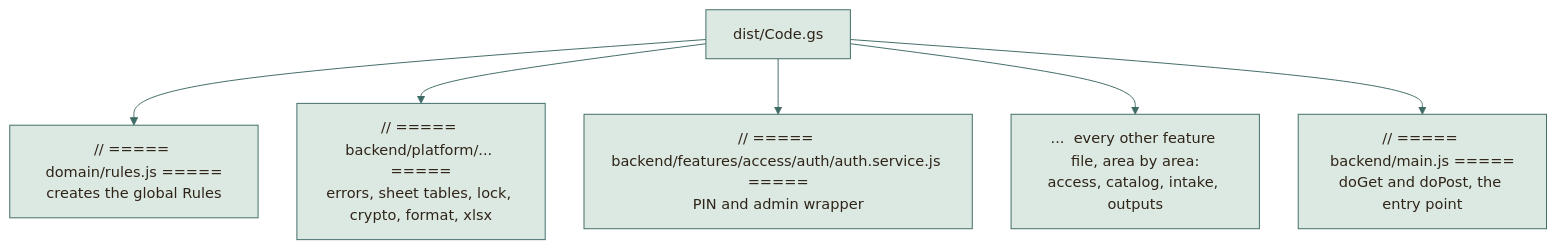
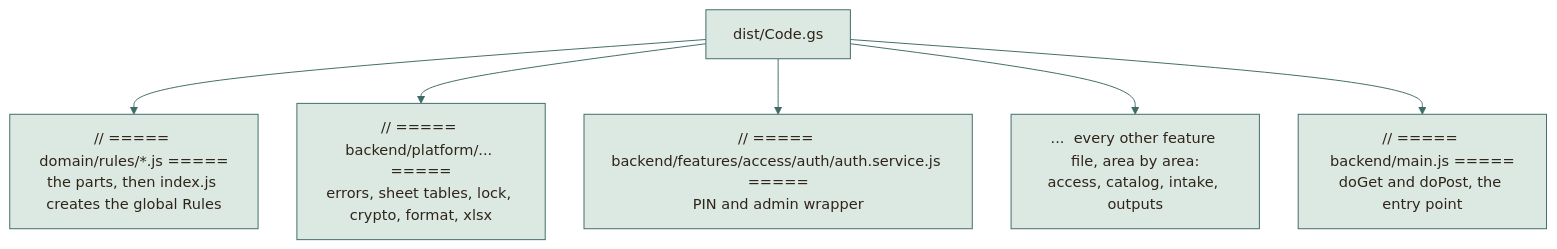
The third of 4 diagrams in docs/architecture/BUILD-PIPELINE.md (moyeh04/forms-platform), drawn with Mermaid before and after one commit. The commit also changed other lines of this file and 6 other files, not shown here.

````diff
--- a/docs/architecture/BUILD-PIPELINE.md
+++ b/docs/architecture/BUILD-PIPELINE.md
@@ -184,36 +185,36 @@
 ```mermaid
 %%{init: {
   'theme': 'base',
   'themeVariables': {
     'fontFamily': 'ui-sans-serif, system-ui, -apple-system, Segoe UI, Roboto, sans-serif',
     'fontSize': '15px',
     'primaryColor': '#DCE9E2', 'primaryBorderColor': '#3F6B66', 'primaryTextColor': '#2F2418',
     'secondaryColor': '#F0E4C8', 'secondaryBorderColor': '#C9A24A', 'secondaryTextColor': '#2F2418',
     'tertiaryColor': '#F6EFDC', 'tertiaryBorderColor': '#CDBB94', 'tertiaryTextColor': '#2F2418',
     'lineColor': '#3F6B66', 'textColor': '#2F2418', 'mainBkg': '#DCE9E2', 'nodeBorder': '#3F6B66',
     'clusterBkg': '#F6EFDC', 'clusterBorder': '#CDBB94', 'titleColor': '#2F2418',
     'edgeLabelBackground': '#F8F1DD',
     'actorBkg': '#DCE9E2', 'actorBorder': '#3F6B66', 'actorTextColor': '#2F2418', 'actorLineColor': '#8FB3AB',
     'signalColor': '#477A73', 'signalTextColor': '#477A73',
     'labelBoxBkgColor': '#F0E4C8', 'labelBoxBorderColor': '#C9A24A', 'labelTextColor': '#2F2418', 'loopTextColor': '#6A5A44',
     'noteBkgColor': '#FBEFC9', 'noteBorderColor': '#C9A24A', 'noteTextColor': '#2F2418',
     'activationBkgColor': '#DCE9E2', 'activationBorderColor': '#3F6B66', 'sequenceNumberColor': '#F8F1DD',
     'transitionColor': '#3F6B66', 'stateLabelColor': '#2F2418', 'stateBkg': '#DCE9E2', 'altBackground': '#F6EFDC',
     'attributeBackgroundColorOdd': '#F8F1DD', 'attributeBackgroundColorEven': '#F0E4C8'
   },
   'flowchart': {'curve': 'basis', 'padding': 14, 'nodeSpacing': 40, 'rankSpacing': 46},
   'sequence': {'mirrorActors': false, 'messageMargin': 34, 'boxMargin': 8}
 }}%%
 flowchart TD
-    A["dist/Code.gs"] --> B["// ===== domain/rules.js =====<br/>creates the global Rules"]
+    A["dist/Code.gs"] --> B["// ===== domain/rules/*.js =====<br/>the parts, then index.js creates the global Rules"]
     A --> C["// ===== backend/platform/... =====<br/>errors, sheet tables, lock, crypto, format, xlsx"]
     A --> D["// ===== backend/features/access/auth/auth.service.js =====<br/>PIN and admin wrapper"]
     A --> E["...  every other feature file, area by area:<br/>access, catalog, intake, outputs"]
     A --> F["// ===== backend/main.js =====<br/>doGet and doPost, the entry point"]
     classDef cDb fill:#F3E2B3,stroke:#B8892D,stroke-width:1.5px,color:#2F2418
     classDef cActor fill:#F4D9D3,stroke:#9A3328,stroke-width:1.5px,color:#2F2418
     classDef cDec fill:#FBEFC9,stroke:#C9A24A,stroke-width:1.5px,color:#2F2418
     classDef cEnd fill:#2F2418,stroke:#2F2418,color:#F8F1DD
     classDef cErr fill:#F6D5CF,stroke:#A12B1F,stroke-width:1.5px,color:#5A140C
     classDef cOk fill:#BFD9CF,stroke:#2E5A55,stroke-width:1.5px,color:#17302D
 ```
````
